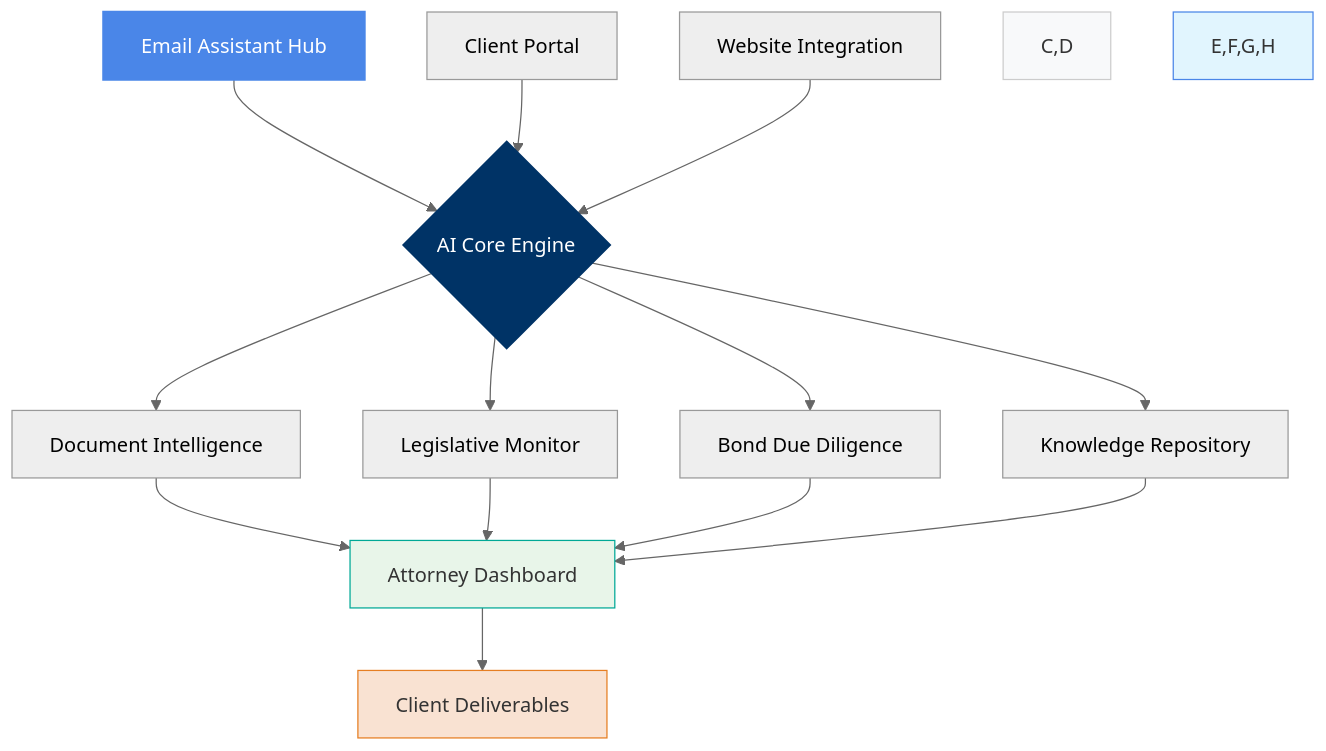
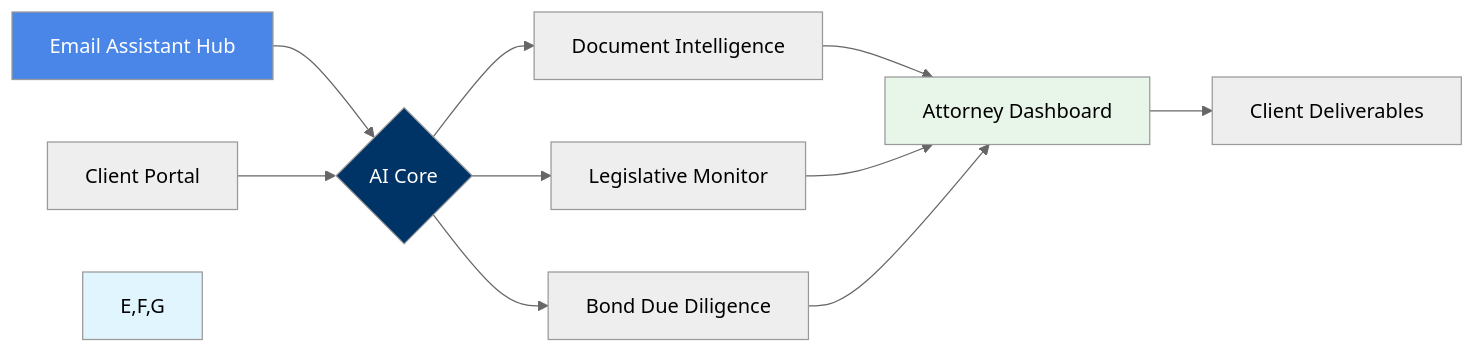
The first of 2 diagrams in README.md (SquizAI/Co_Legal-), drawn with Mermaid (neutral theme) before and after one commit. The commit also changed other lines of this file, not shown here.

Commit message:
Clean and professional README styling for GitHub display: - Simplified styling that renders properly on GitHub - Focused on Email Assistant Hub as primary entry point - Improved readability with smaller code chunks - Enhanced professional presentation with tables and badges

````diff
--- a/README.md
+++ b/README.md
@@ -125,25 +47,17 @@
-    ```mermaid
-    flowchart TD
-        A[Email Assistant Hub] --> B{AI Core Engine}
-        C[Client Portal] --> B
-        D[Website Integration] --> B
-        
-        B --> E[Document Intelligence]
-        B --> F[Legislative Monitor]
-        B --> G[Bond Due Diligence]
-        B --> H[Knowledge Repository]
-        
-        E --> I[Attorney Dashboard]
-        F --> I
-        G --> I
-        H --> I
-        
-        I --> J[Client Deliverables]
-        
-        style A fill:#4a86e8,color:#ffffff,stroke:#4a86e8,stroke-width:2px
-        style B fill:#003366,color:#ffffff,stroke:#003366,stroke-width:2px
-        style C,D fill:#f8f9fa,color:#333333,stroke:#cccccc,stroke-width:1px
-        style E,F,G,H fill:#e1f5fe,color:#333333,stroke:#4a86e8,stroke-width:1px
-        style I fill:#e8f5e9,color:#333333,stroke:#00a896,stroke-width:1px
-        style J fill:#f9e2d2,color:#333333,stroke:#e67e22,stroke-width:1px
-    ```
+```mermaid
+flowchart LR
+    A[Email Assistant Hub] --> B{AI Core}
+    C[Client Portal] --> B
+    
+    B --> E[Document Intelligence]
+    B --> F[Legislative Monitor]
+    B --> G[Bond Due Diligence]
+    
+    E & F & G --> I[Attorney Dashboard]
+    I --> J[Client Deliverables]
+    
+    style A fill:#4a86e8,color:#ffffff
+    style B fill:#003366,color:#ffffff
+    style E,F,G fill:#e1f5fe
+    style I fill:#e8f5e9
+```
````
